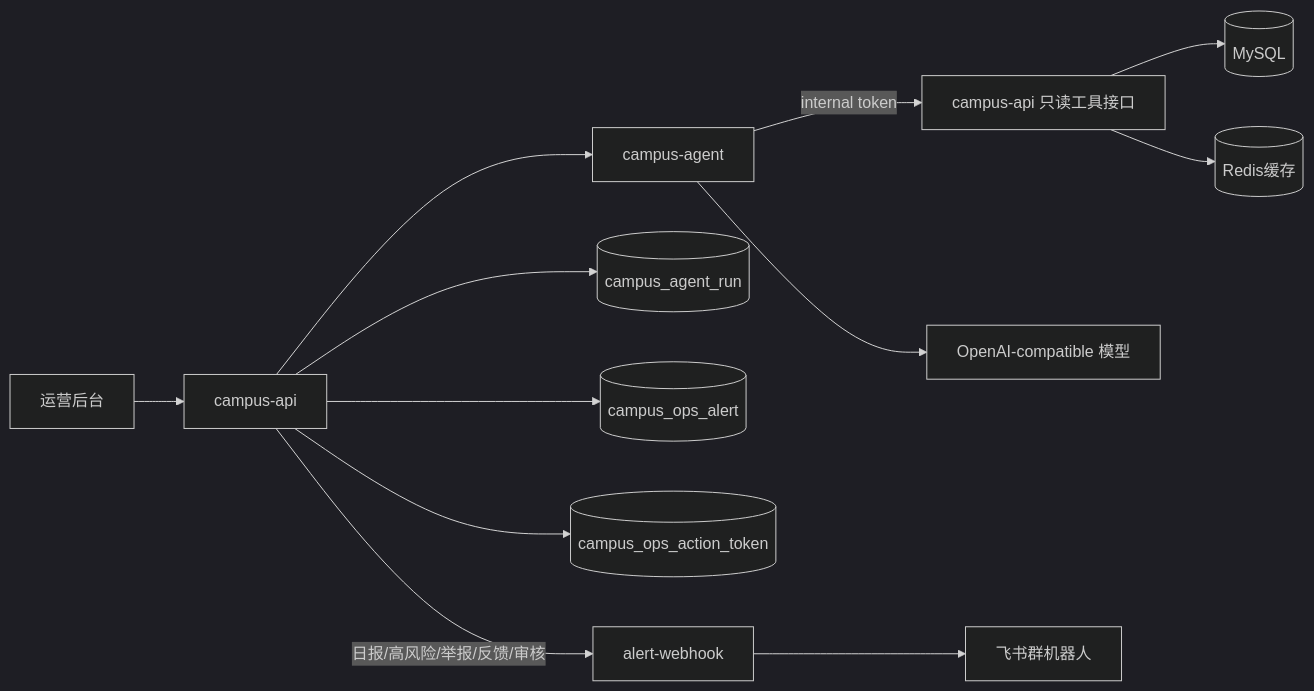
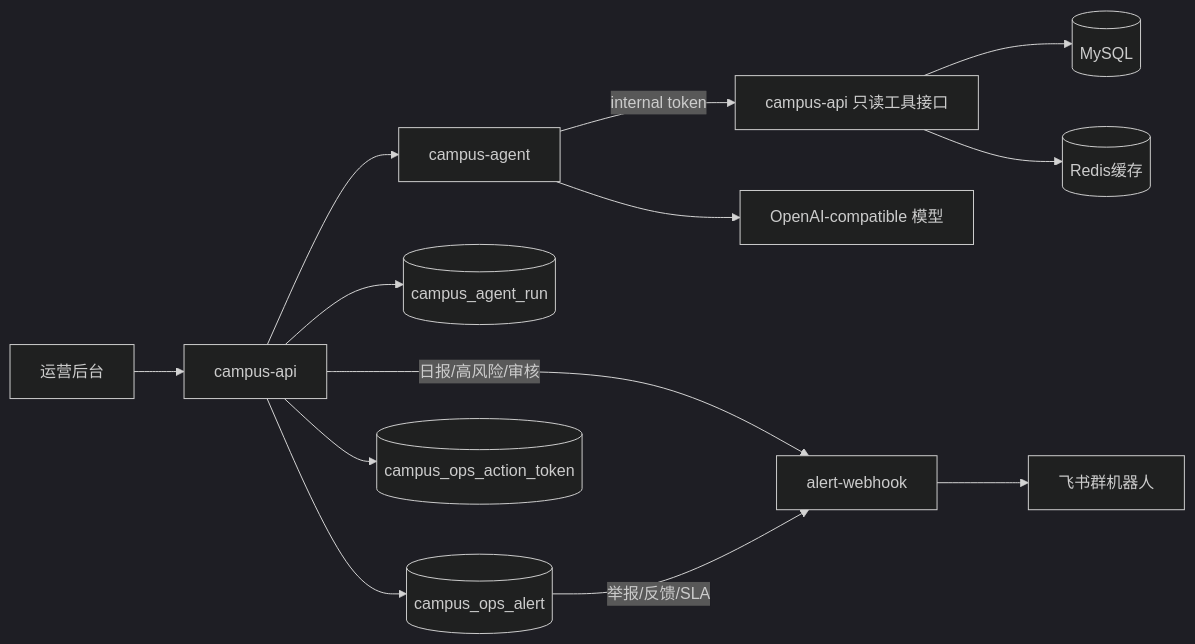
Before and after one commit to tangfire/lehu-video: the first of 3 diagrams in docs/agent-copilot.md, drawn with Mermaid (dark theme). The commit also changed other lines of this file and 10 other files, not shown here.

````diff
--- a/docs/agent-copilot.md
+++ b/docs/agent-copilot.md
@@ -9,14 +11,15 @@
 ```mermaid
 flowchart LR
     Admin[运营后台] --> API[campus-api]
     API --> Agent[campus-agent]
     Agent -->|internal token| Tools[campus-api 只读工具接口]
     Tools --> MySQL[(MySQL)]
     Tools --> Redis[(Redis缓存)]
     Agent --> Model[OpenAI-compatible 模型]
     API --> Runs[(campus_agent_run)]
     API --> Alerts[(campus_ops_alert)]
     API --> Tokens[(campus_ops_action_token)]
-    API -->|日报/高风险/举报/反馈/审核| Alert[alert-webhook]
+    API -->|日报/高风险/审核| Alert[alert-webhook]
+    Alerts -->|举报/反馈/SLA| Alert
     Alert --> Feishu[飞书群机器人]
 ```
````
